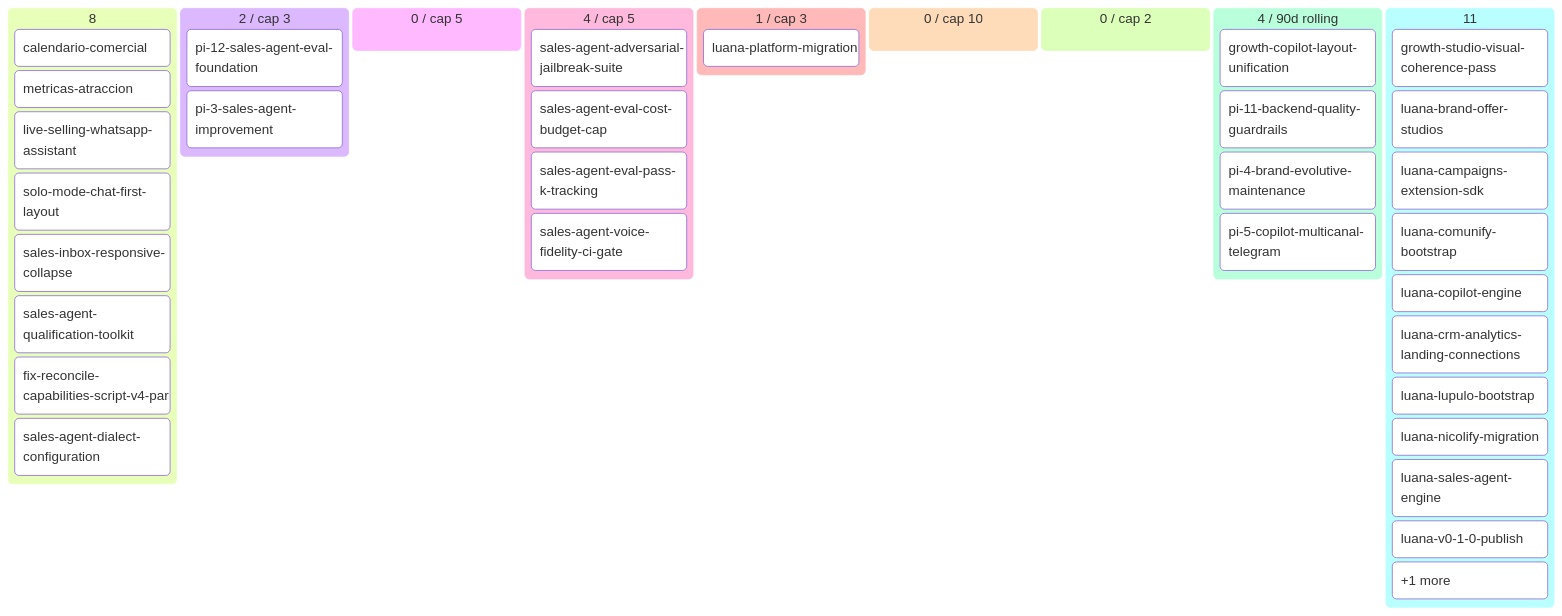
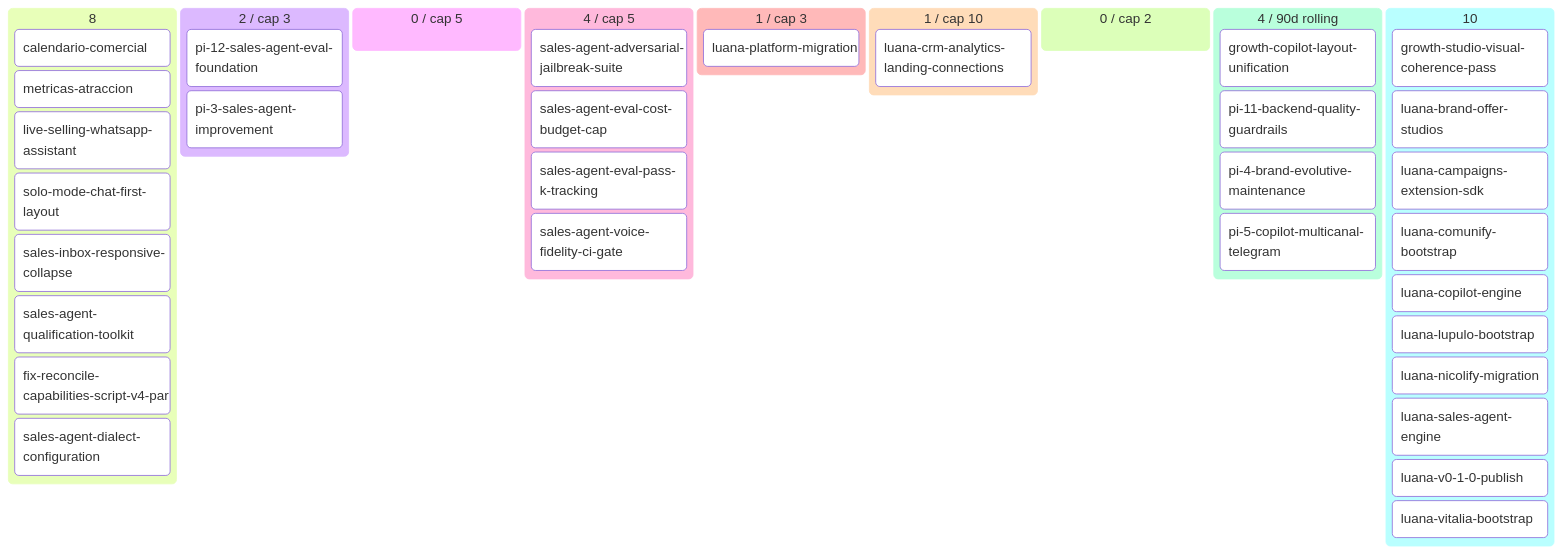
One commit to alpacapurpura/ap_sales_agent changed the diagram in docs/product/BACKLOG.md. Above: the diagram before and after it, drawn with Mermaid. The commit also changed other lines of this file and 14 other files, not shown here.

````diff
--- a/docs/product/BACKLOG.md
+++ b/docs/product/BACKLOG.md
@@ -68,42 +67,42 @@
 ```mermaid
 kanban
   💡 Ideas (8)
     calendario-comercial[calendario-comercial]
     metricas-atraccion[metricas-atraccion]
     live-selling-whatsapp-assistan[live-selling-whatsapp-assistant]
     solo-mode-chat-first-layout[solo-mode-chat-first-layout]
     sales-inbox-responsive-collaps[sales-inbox-responsive-collapse]
     sales-agent-qualification-tool[sales-agent-qualification-toolkit]
     fix-reconcile-capabilities-scr[fix-reconcile-capabilities-script-v4-par]
     sales-agent-dialect-configurat[sales-agent-dialect-configuration]
   🔬 Refining (2 / cap 3)
     pi-12-sales-agent-eval-foundat[pi-12-sales-agent-eval-foundation]
     pi-3-sales-agent-improvement[pi-3-sales-agent-improvement]
   ✅ Refined (0 / cap 5)
   📦 Ready (4 / cap 5)
     sales-agent-adversarial-jailbr[sales-agent-adversarial-jailbreak-suite]
     sales-agent-eval-cost-budget-c[sales-agent-eval-cost-budget-cap]
     sales-agent-eval-pass-k-tracki[sales-agent-eval-pass-k-tracking]
     sales-agent-voice-fidelity-ci-[sales-agent-voice-fidelity-ci-gate]
   🔨 Developing (1 / cap 3)
     luana-platform-migration[luana-platform-migration]
-  🧪 Developed (0 / cap 10)
+  🧪 Developed (1 / cap 10)
+    luana-crm-analytics-landing-co[luana-crm-analytics-landing-connections]
   🔍 Reviewing (0 / cap 2)
   ✅ Done (4 / 90d rolling)
     growth-copilot-layout-unificat[growth-copilot-layout-unification]
     pi-11-backend-quality-guardrai[pi-11-backend-quality-guardrails]
     pi-4-brand-evolutive-maintenan[pi-4-brand-evolutive-maintenance]
     pi-5-copilot-multicanal-telegr[pi-5-copilot-multicanal-telegram]
-  🅿 Parked (11)
+  🅿 Parked (10)
     growth-studio-visual-coherence[growth-studio-visual-coherence-pass]
     luana-brand-offer-studios[luana-brand-offer-studios]
     luana-campaigns-extension-sdk[luana-campaigns-extension-sdk]
     luana-comunify-bootstrap[luana-comunify-bootstrap]
     luana-copilot-engine[luana-copilot-engine]
-    luana-crm-analytics-landing-co[luana-crm-analytics-landing-connections]
     luana-lupulo-bootstrap[luana-lupulo-bootstrap]
     luana-nicolify-migration[luana-nicolify-migration]
     luana-sales-agent-engine[luana-sales-agent-engine]
     luana-v0-1-0-publish[luana-v0-1-0-publish]
-    overflow-🅿 Parked[+1 more]
+    luana-vitalia-bootstrap[luana-vitalia-bootstrap]
 ```
````
